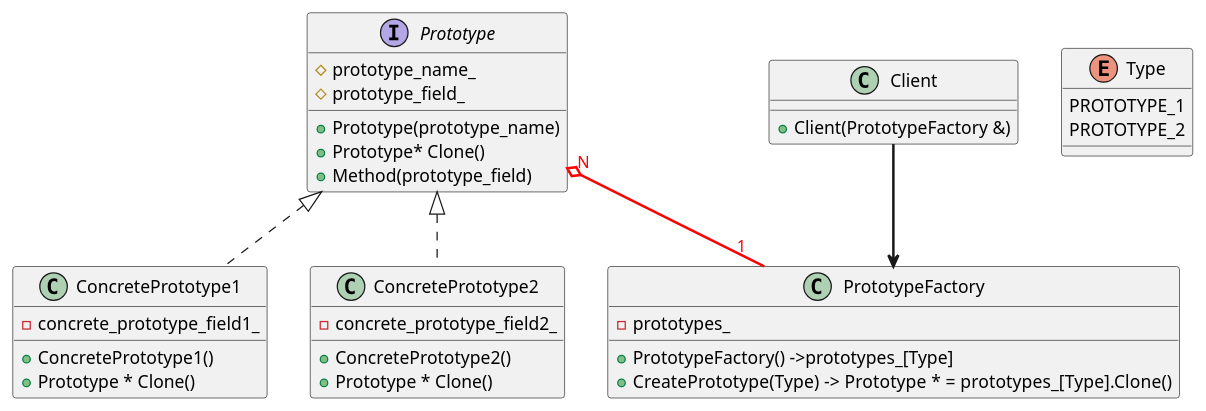
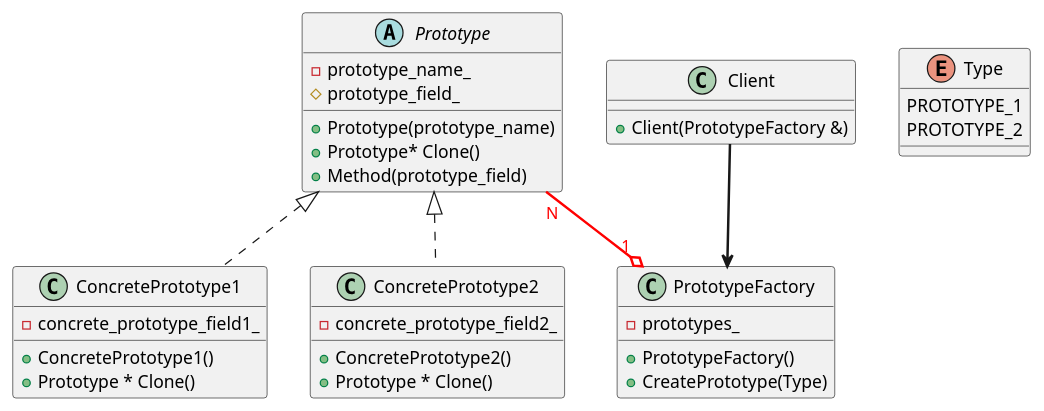
The diagram in dev_demo/designPattern/prototype/prototype.puml (alphajayGithub/devDemos), drawn with PlantUML before and after one commit. The commit also changed 17 other files, not shown here.

```diff
--- a/dev_demo/designPattern/prototype/prototype.puml
+++ b/dev_demo/designPattern/prototype/prototype.puml
@@ -1,44 +1,44 @@
 @startuml
 
 Prototype <|.. ConcretePrototype1
 Prototype <|.. ConcretePrototype2
 
-interface Prototype{
-    # prototype_name_
+abstract Prototype{
+    - prototype_name_
     # prototype_field_
     + Prototype(prototype_name)
     + Prototype* Clone()
     + Method(prototype_field)
 }
 
 class ConcretePrototype1{
     - concrete_prototype_field1_
     + ConcretePrototype1()
     + Prototype * Clone()
 }
 
 class ConcretePrototype2{
     - concrete_prototype_field2_
     + ConcretePrototype2()
     + Prototype * Clone()
 }
 
-Prototype "N" o.. "1" PrototypeFactory #line:red;line.bold;text:red
+Prototype "N" --o "1" PrototypeFactory #line:red;line.bold;text:red
 
 class PrototypeFactory{
     - prototypes_
-    + PrototypeFactory() ->prototypes_[Type]
-    + CreatePrototype(Type) ->  Prototype * = prototypes_[Type].Clone()
+    + PrototypeFactory()
+    + CreatePrototype(Type)
 }
 
 Client -[bold]-> PrototypeFactory
 class Client{
     + Client(PrototypeFactory &)
 }
 
 enum Type {
   PROTOTYPE_1
   PROTOTYPE_2
 }
 
 @enduml
```
